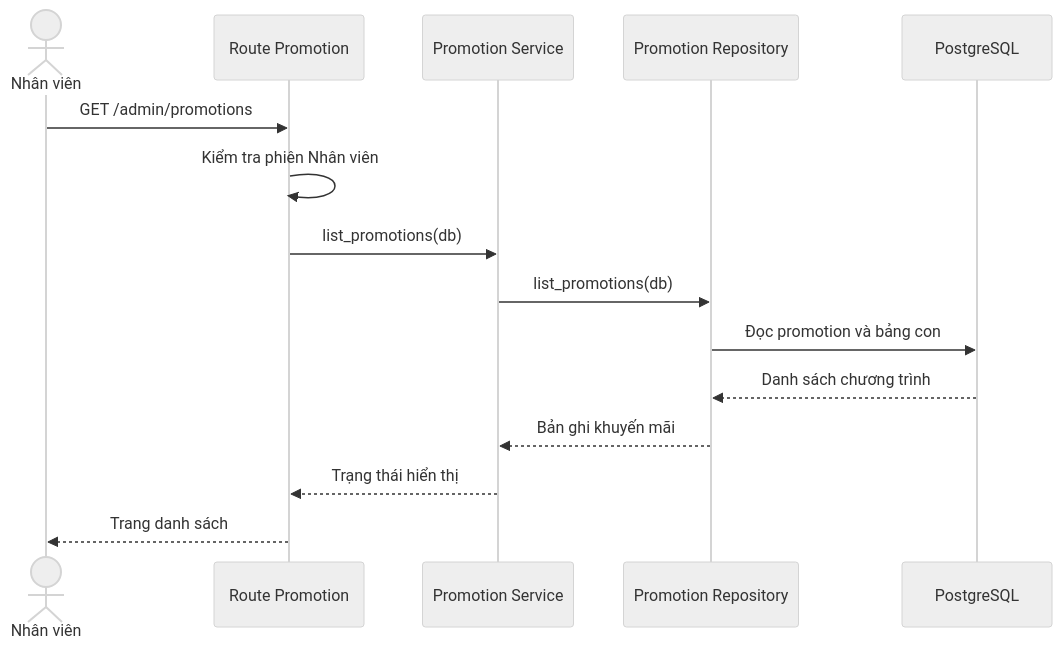
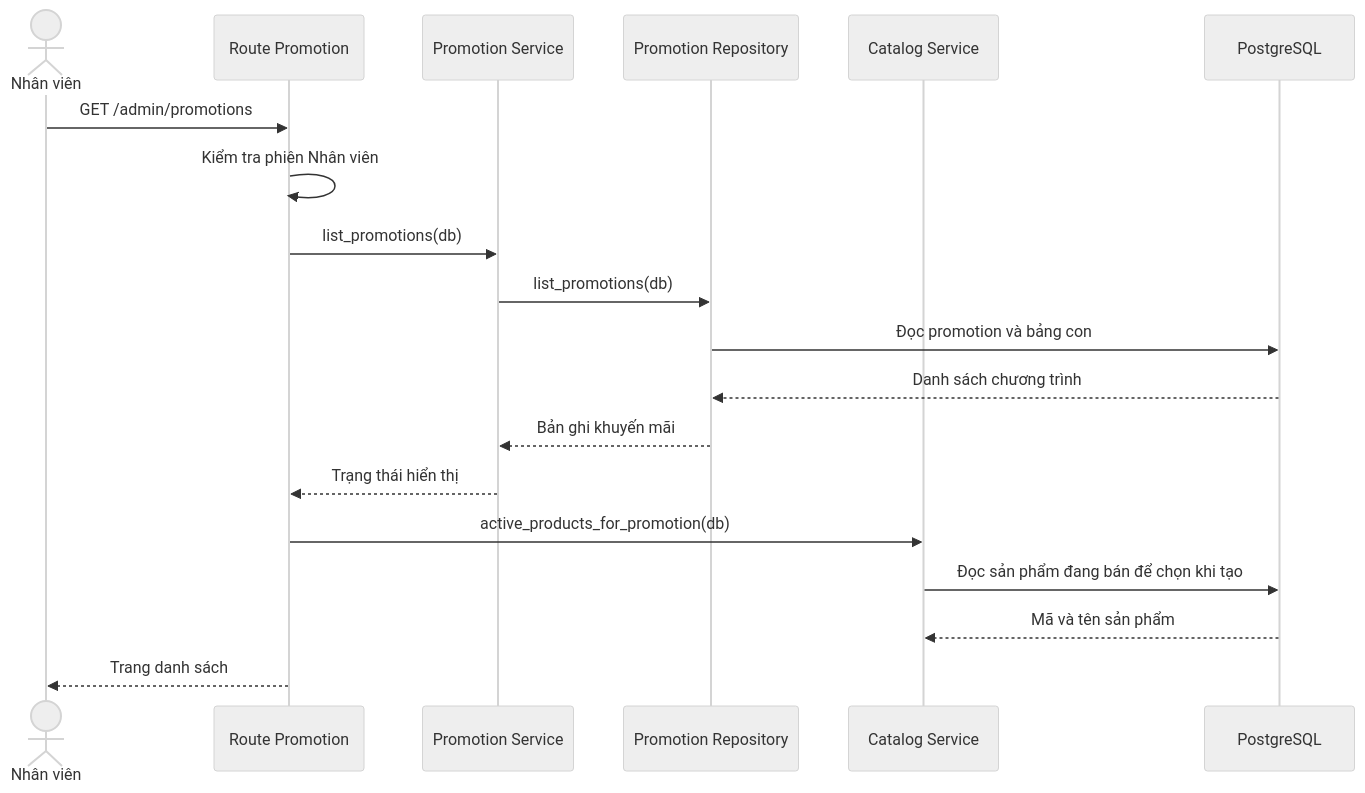
Before and after one commit to thanhklt/sobie-swimwear-e-commerce: the diagram in docs/sequence/UC28-list-promotions.md, drawn with Mermaid (neutral theme). The commit also changed 24 other files, not shown here.

````diff
--- a/docs/sequence/UC28-list-promotions.md
+++ b/docs/sequence/UC28-list-promotions.md
@@ -3,17 +3,21 @@
 ```mermaid
 sequenceDiagram
     actor NV as Nhân viên
     participant R as Route Promotion
     participant S as Promotion Service
     participant P as Promotion Repository
+    participant C as Catalog Service
     participant DB as PostgreSQL
     NV->>R: GET /admin/promotions
     R->>R: Kiểm tra phiên Nhân viên
     R->>S: list_promotions(db)
     S->>P: list_promotions(db)
     P->>DB: Đọc promotion và bảng con
     DB-->>P: Danh sách chương trình
     P-->>S: Bản ghi khuyến mãi
     S-->>R: Trạng thái hiển thị
+    R->>C: active_products_for_promotion(db)
+    C->>DB: Đọc sản phẩm đang bán để chọn khi tạo
+    DB-->>C: Mã và tên sản phẩm
     R-->>NV: Trang danh sách
 ```
````
